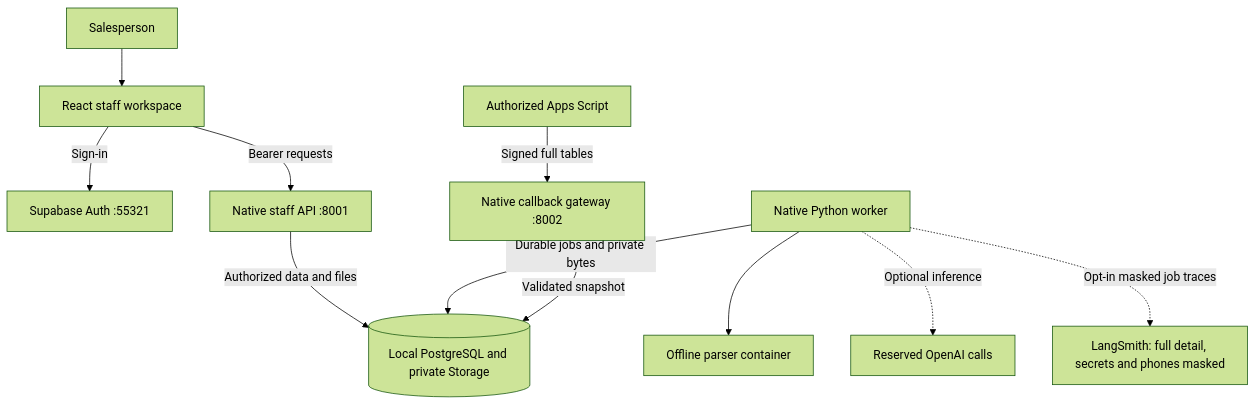
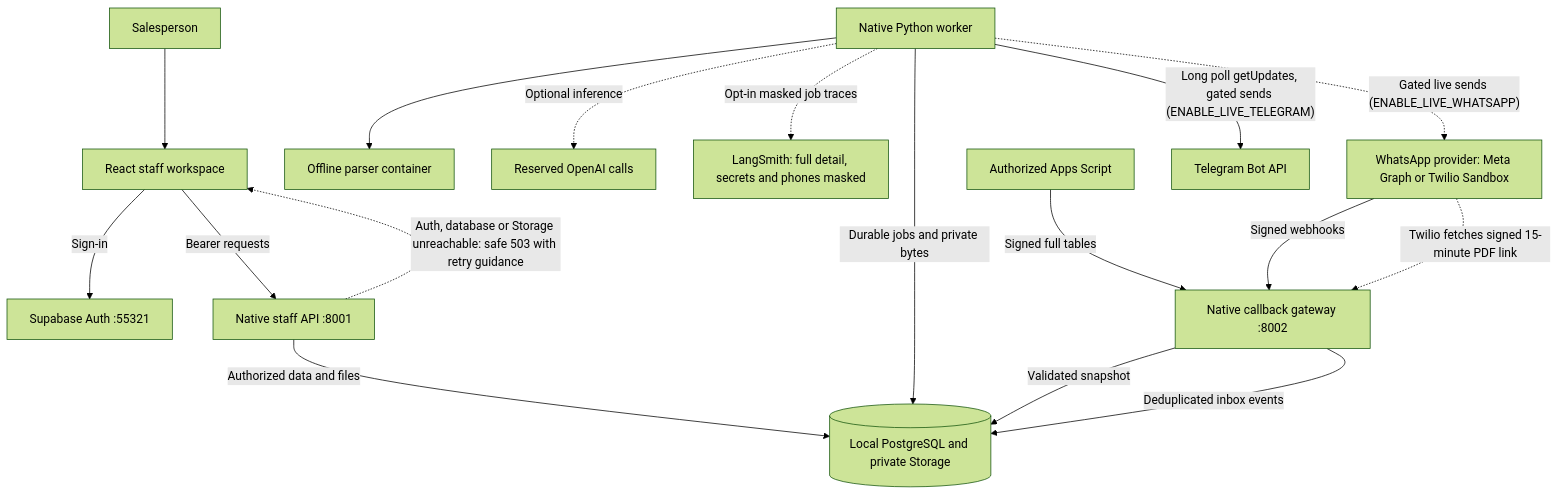
Before and after one commit to Nagdy8888/lumaquote: the diagram in docs/ARCHITECTURE.md, drawn with Mermaid (forest theme). The commit also changed other lines of this file and 72 other files, not shown here.

First line of the commit message:
docs: update references, diagrams, evidence and knowledge graph

````diff
--- a/docs/ARCHITECTURE.md
+++ b/docs/ARCHITECTURE.md
@@ -25,17 +26,23 @@
 ```mermaid
 flowchart TB
   accTitle: LumaQuote process and trust boundaries
-  accDescr: Staff uses native React and FastAPI. A native worker shares local private business storage and runs an offline parser. A separate signed gateway accepts GAS snapshots. OpenAI and masked LangSmith job tracing are optional, with no live WhatsApp sender shown.
+  accDescr: Staff uses native React and FastAPI. When Auth, PostgreSQL or Storage is unreachable the API answers a safe retryable 503. A native worker shares local private business storage and runs an offline parser. A separate signed gateway accepts GAS snapshots and signed WhatsApp webhooks from Meta or Twilio, and serves Twilio a signed, expiring quotation PDF link. The worker sends through the configured WhatsApp provider only when live sending is enabled, and long-polls a Telegram bot directly (no inbound endpoint), storing updates before confirming them. OpenAI and masked LangSmith job tracing are optional.
   Staff["Salesperson"] --> UI["React staff workspace"]
   UI -->|Sign-in| Auth["Supabase Auth :55321"]
   UI -->|Bearer requests| API["Native staff API :8001"]
   API -->|Authorized data and files| Data[("Local PostgreSQL and private Storage")]
+  API -. "Auth, database or Storage unreachable: safe 503 with retry guidance" .-> UI
   Worker["Native Python worker"] -->|Durable jobs and private bytes| Data
   Worker --> Parser["Offline parser container"]
   Worker -. Optional inference .-> OpenAI["Reserved OpenAI calls"]
   Worker -. Opt-in masked job traces .-> Traces["LangSmith: full detail, secrets and phones masked"]
   GAS["Authorized Apps Script"] -->|Signed full tables| Gateway["Native callback gateway :8002"]
   Gateway -->|Validated snapshot| Data
+  WA["WhatsApp provider: Meta Graph or Twilio Sandbox"] -->|Signed webhooks| Gateway
+  Gateway -->|Deduplicated inbox events| Data
+  Worker -. "Gated live sends (ENABLE_LIVE_WHATSAPP)" .-> WA
+  WA -. "Twilio fetches signed 15-minute PDF link" .-> Gateway
+  Worker -->|"Long poll getUpdates, gated sends (ENABLE_LIVE_TELEGRAM)"| TG["Telegram Bot API"]
   %% This process-level view is complemented by exact Auth checks in staff-operation.
   %% Auth, PostgreSQL and Storage run in local Supabase Docker; application processes are native.
 ```
````
